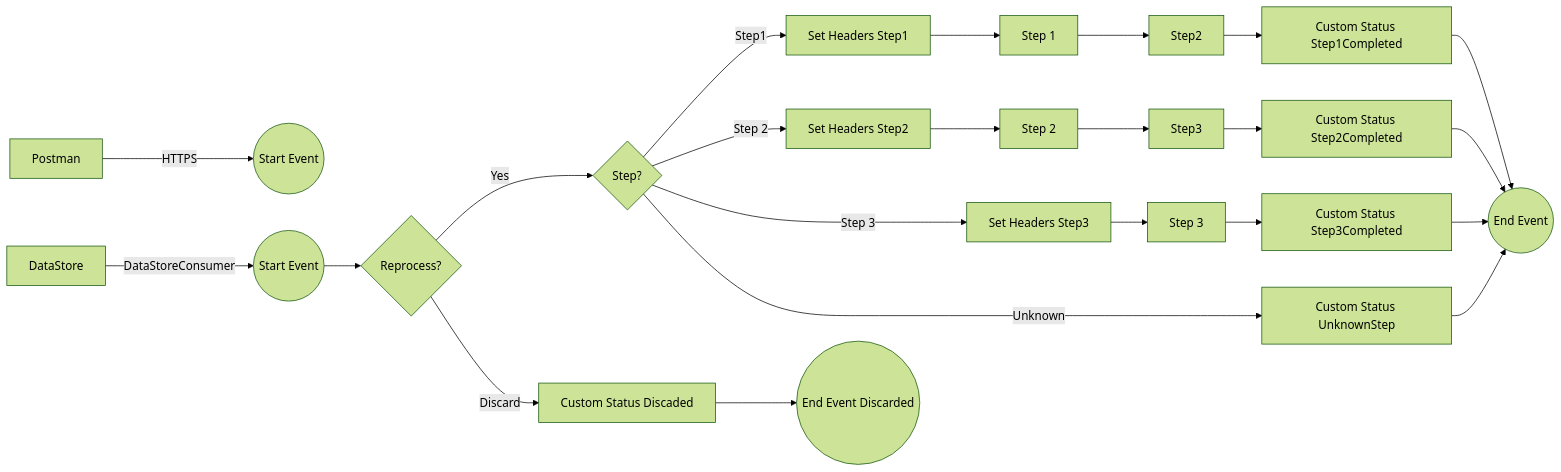
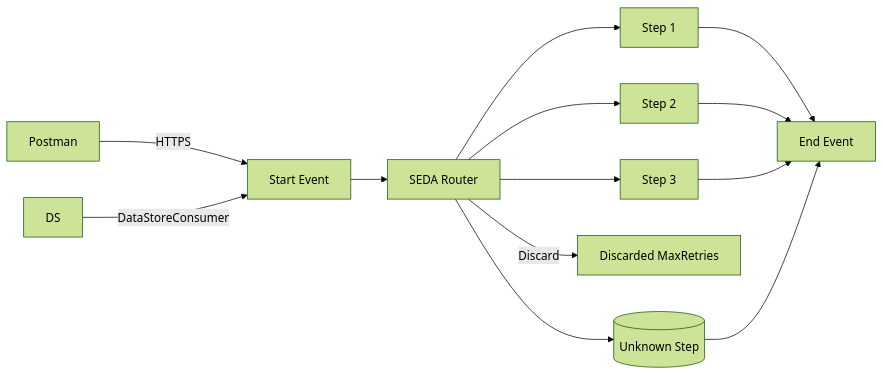
Before and after one commit to Avvale-IA-CICD/AvvaleCPI: the diagram in MMZ - Cell Iflows/SEDA_Model_-_Single_DS_-_Restart_and_Discard_MMZ-1.0.1/readme.md, drawn with Mermaid (forest theme). The commit also changed other lines of this file, not shown here.

Commit message:
Add/update documentation for SEDA_Model_-_Single_DS_-_Restart_and_Discard_MMZ v1.0.1

````diff
--- a/MMZ - Cell Iflows/SEDA_Model_-_Single_DS_-_Restart_and_Discard_MMZ-1.0.1/readme.md
+++ b/MMZ - Cell Iflows/SEDA_Model_-_Single_DS_-_Restart_and_Discard_MMZ-1.0.1/readme.md
@@ -5,47 +4,25 @@
 ```mermaid
 graph LR
     Postman[Postman]
-    DataStore[DataStore]
-    StartEvent_12079784((Start Event))
-    StartEvent_2((Start Event))
-    ExclusiveGateway_9098{Reprocess?}
-    ExclusiveGateway_12{Step?}
-    CallActivity_12079790[Set Headers Step1]
-    CallActivity_15[Step 1]
-    CallActivity_12079780[Step2]
-    CallActivity_9071[Custom Status Step1Completed]
-    CallActivity_12079792[Set Headers Step2]
-    CallActivity_18[Step 2]
-    CallActivity_12079781[Step3]
-    CallActivity_9077[Custom Status Step2Completed]
-    CallActivity_12079794[Set Headers Step3]
-    CallActivity_21[Step 3]
-    CallActivity_9074[Custom Status Step3Completed]
-    CallActivity_20[Custom Status UnknownStep]
-    CallActivity_9101[Custom Status Discaded]
-    EndEvent_2((End Event))
-    EndEvent_9104((End Event Discarded))
+    DS[DS]
+    Start[Start Event]
+    Router[SEDA Router]
+    Step1[Step 1]
+    Step2[Step 2]
+    Step3[Step 3]
+    End[End Event]
+    Discard[Discarded MaxRetries]
 
-    Postman -- HTTPS --> StartEvent_12079784
-    DataStore -- DataStoreConsumer --> StartEvent_2
-    StartEvent_2 --> ExclusiveGateway_9098
-    ExclusiveGateway_9098 -- Yes --> ExclusiveGateway_12
-    ExclusiveGateway_9098 -- Discard --> CallActivity_9101
-    CallActivity_9101 --> EndEvent_9104
-    ExclusiveGateway_12 -- Step1 --> CallActivity_12079790
-    ExclusiveGateway_12 -- Step 2 --> CallActivity_12079792
-    ExclusiveGateway_12 -- Step 3 --> CallActivity_12079794
-    ExclusiveGateway_12 -- Unknown --> CallActivity_20
-    CallActivity_12079790 --> CallActivity_15
-    CallActivity_12079792 --> CallActivity_18
-    CallActivity_12079794 --> CallActivity_21
-    CallActivity_15 --> CallActivity_12079780
-    CallActivity_18 --> CallActivity_12079781
-    CallActivity_21 --> CallActivity_9074
-    CallActivity_12079780 --> CallActivity_9071
-    CallActivity_12079781 --> CallActivity_9077
-    CallActivity_9071 --> EndEvent_2
-    CallActivity_9077 --> EndEvent_2
-    CallActivity_9074 --> EndEvent_2
-    CallActivity_20 --> EndEvent_2
+    Postman -- HTTPS --> Start
+    DS -- DataStoreConsumer --> Start
+    Start --> Router
+    Router --> Step1
+    Router --> Step2
+    Router --> Step3
+    Router --> Unknown[(Unknown Step)]
+    Router -- Discard  --> Discard
+    Step1 --> End
+    Step2 --> End
+    Step3 --> End
+    Unknown --> End
 ```
````
